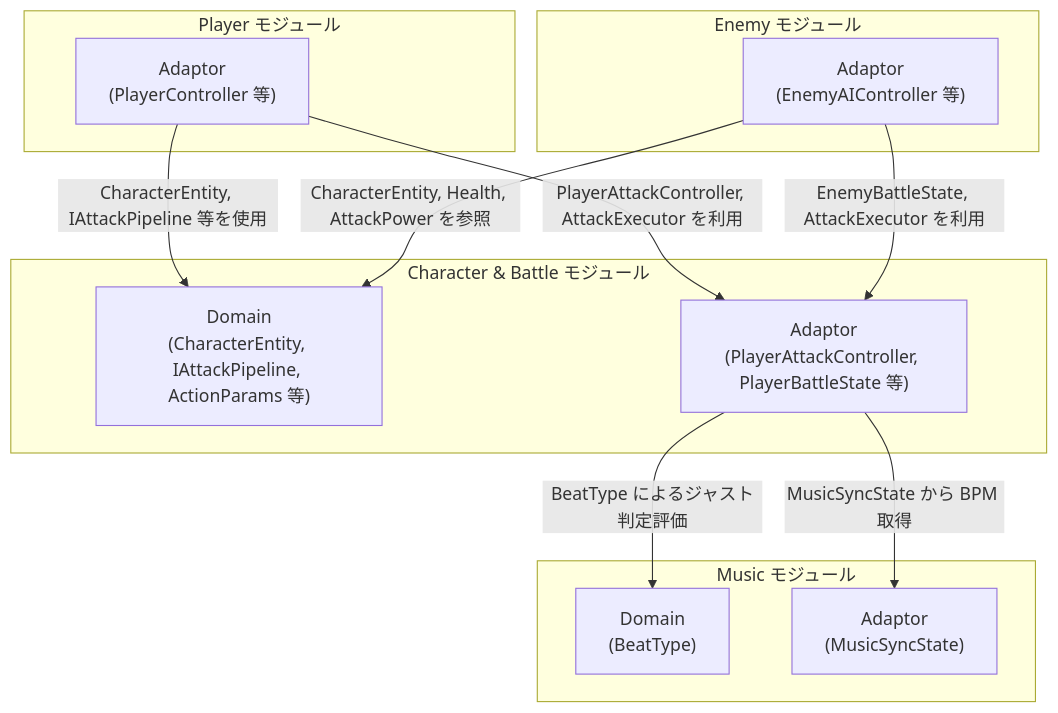
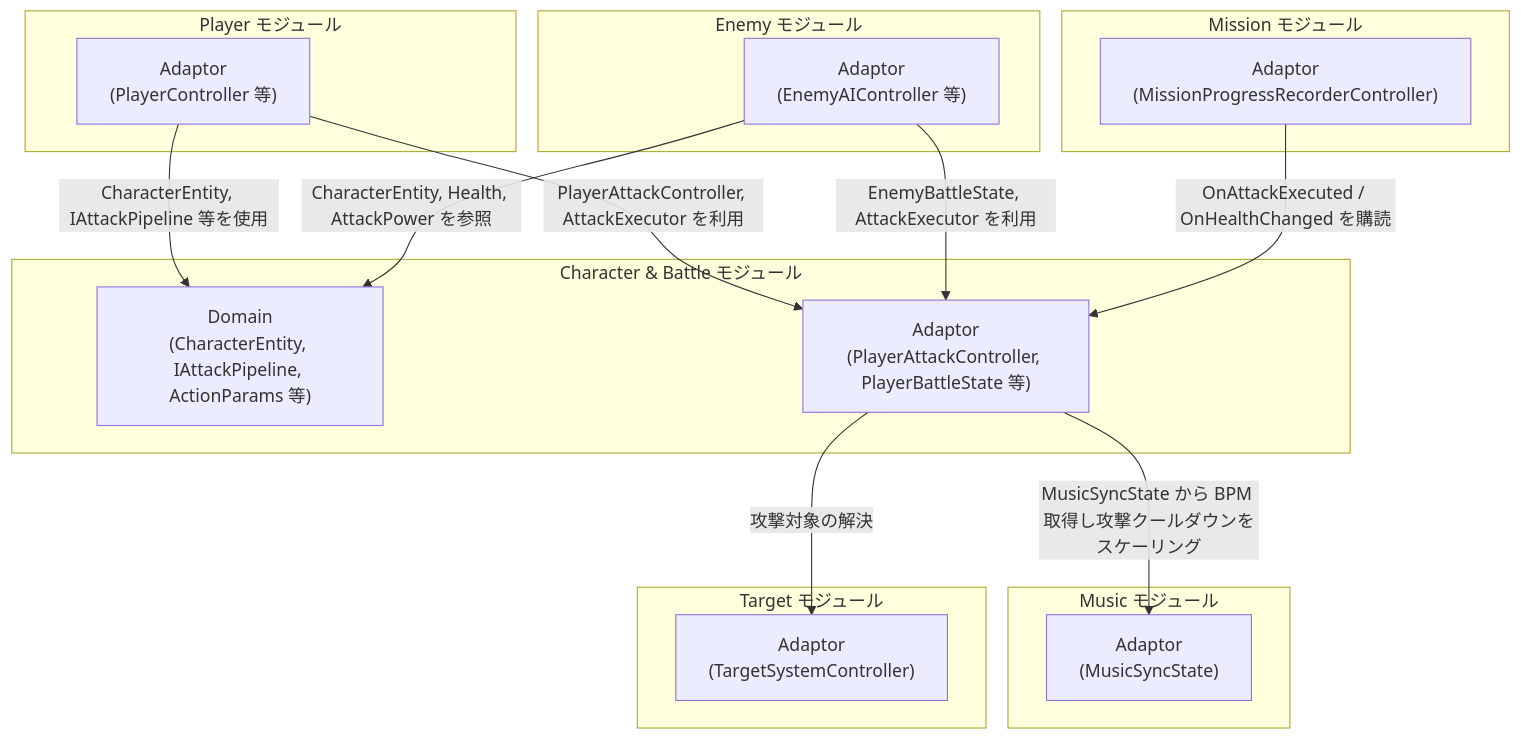
The first of 4 diagrams in Assets/Docs/ScriptsDocs/Modules/NotionModuleDocs/Character&Battle.md (HIBIKI5201/SymphonyKillChord), drawn with Mermaid before and after one commit. The commit also changed other lines of this file and 28 other files, not shown here.

````diff
--- a/Assets/Docs/ScriptsDocs/Modules/NotionModuleDocs/Character&Battle.md
+++ b/Assets/Docs/ScriptsDocs/Modules/NotionModuleDocs/Character&Battle.md
@@ -51,29 +56,37 @@
 ```mermaid
 graph TD
     %% 定義 (接続のないレイヤーは省略)
     subgraph CharacterBattleModule [Character & Battle モジュール]
         CB_Domain["Domain\n(CharacterEntity, IAttackPipeline, ActionParams 等)"]
         CB_Adaptor["Adaptor\n(PlayerAttackController, PlayerBattleState 等)"]
     end
 
     subgraph PlayerModule [Player モジュール]
         P_Adaptor["Adaptor\n(PlayerController 等)"]
     end
 
     subgraph EnemyModule [Enemy モジュール]
         E_Adaptor["Adaptor\n(EnemyAIController 等)"]
     end
 
     subgraph MusicModule [Music モジュール]
-        M_Domain["Domain\n(BeatType)"]
         M_Adaptor["Adaptor\n(MusicSyncState)"]
+    end
+
+    subgraph TargetModule [Target モジュール]
+        T_Adaptor["Adaptor\n(TargetSystemController)"]
+    end
+
+    subgraph MissionModule [Mission モジュール]
+        MS_Adaptor["Adaptor\n(MissionProgressRecorderController)"]
     end
 
     %% 依存関係
     P_Adaptor -->|"CharacterEntity, IAttackPipeline 等を使用"| CB_Domain
     P_Adaptor -->|"PlayerAttackController, AttackExecutor を利用"| CB_Adaptor
     E_Adaptor -->|"CharacterEntity, Health, AttackPower を参照"| CB_Domain
     E_Adaptor -->|"EnemyBattleState, AttackExecutor を利用"| CB_Adaptor
-    CB_Adaptor -->|"BeatType によるジャスト判定評価"| M_Domain
-    CB_Adaptor -->|"MusicSyncState から BPM 取得"| M_Adaptor
+    CB_Adaptor -->|"MusicSyncState から BPM 取得し攻撃クールダウンをスケーリング"| M_Adaptor
+    CB_Adaptor -->|"攻撃対象の解決"| T_Adaptor
+    MS_Adaptor -->|"OnAttackExecuted / OnHealthChanged を購読"| CB_Adaptor
 ```
````
